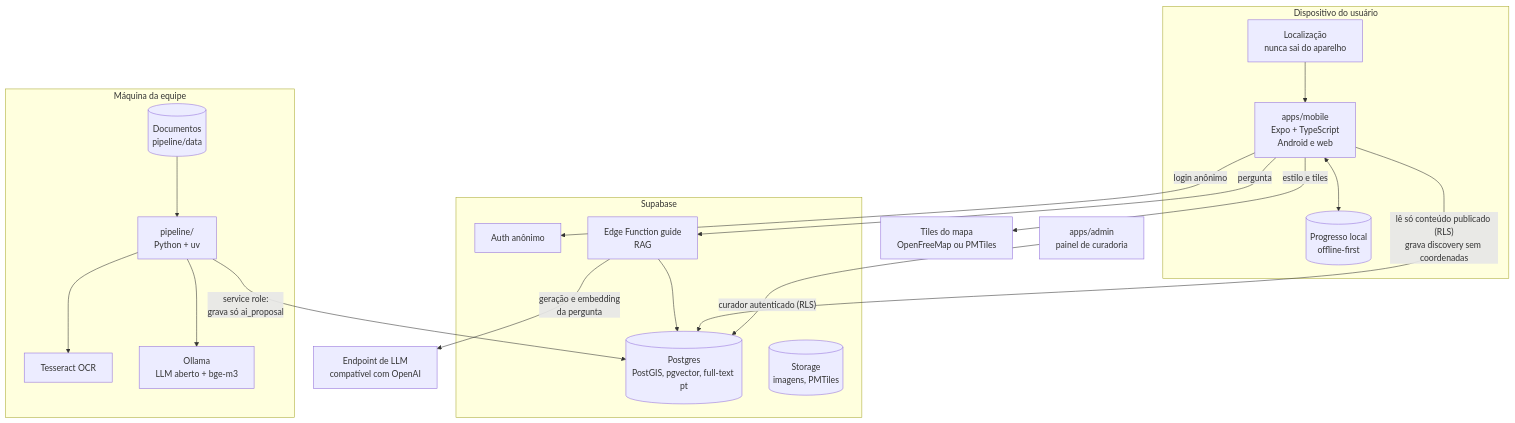
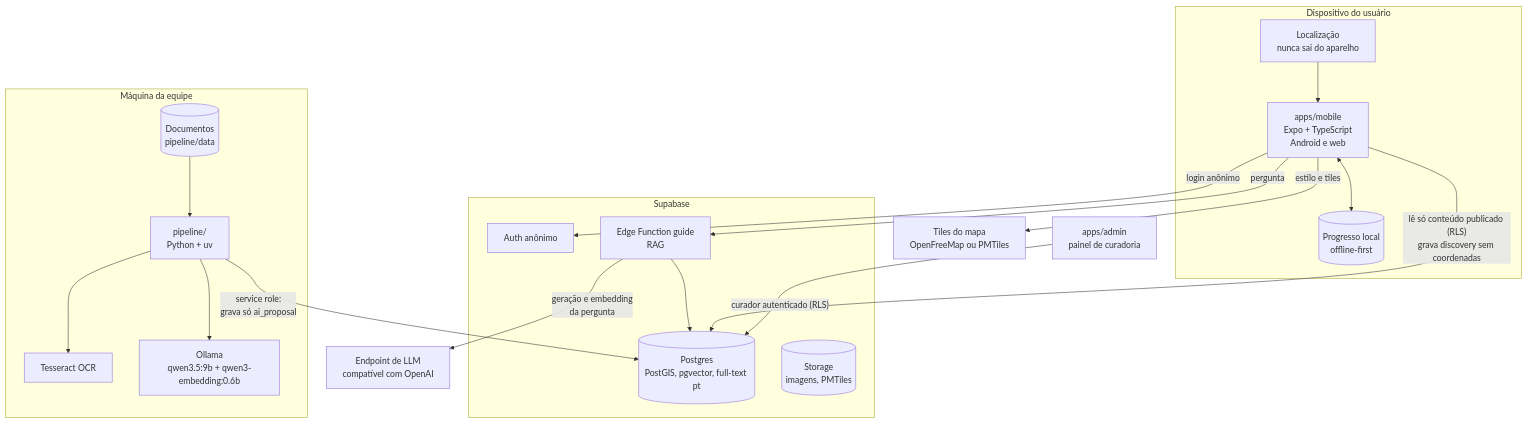
The second of 3 diagrams in docs/arquitetura/01-visao-geral.md (br-santella/arandu), drawn with Mermaid before and after one commit. The commit also changed other lines of this file and 11 other files, not shown here.

First line of the commit message:
feat(pipeline): pin qwen3.5:9b and qwen3-embedding:0.6b, tune client

````diff
--- a/docs/arquitetura/01-visao-geral.md
+++ b/docs/arquitetura/01-visao-geral.md
@@ -34,40 +34,40 @@
 ```mermaid
 flowchart TB
   subgraph device["Dispositivo do usuário"]
     app["apps/mobile<br/>Expo + TypeScript<br/>Android e web"]
     gps["Localização<br/>nunca sai do aparelho"]
     store[("Progresso local<br/>offline-first")]
     gps --> app
     app <--> store
   end
 
   subgraph team["Máquina da equipe"]
     pipe["pipeline/<br/>Python + uv"]
     tess["Tesseract OCR"]
-    ollama["Ollama<br/>LLM aberto + bge-m3"]
+    ollama["Ollama<br/>qwen3.5:9b + qwen3-embedding:0.6b"]
     raw[("Documentos<br/>pipeline/data")]
     raw --> pipe
     pipe --> tess
     pipe --> ollama
   end
 
   subgraph sb["Supabase"]
     db[("Postgres<br/>PostGIS, pgvector, full-text pt")]
     auth["Auth anônimo"]
     stor[("Storage<br/>imagens, PMTiles")]
     guide["Edge Function guide<br/>RAG"]
     guide --> db
   end
 
   admin["apps/admin<br/>painel de curadoria"]
   tiles["Tiles do mapa<br/>OpenFreeMap ou PMTiles"]
   llmext["Endpoint de LLM<br/>compatível com OpenAI"]
 
   app -- "lê só conteúdo publicado (RLS)<br/>grava discovery sem coordenadas" --> db
   app -- "login anônimo" --> auth
   app -- "pergunta" --> guide
   app -- "estilo e tiles" --> tiles
   guide -- "geração e embedding<br/>da pergunta" --> llmext
   pipe -- "service role:<br/>grava só ai_proposal" --> db
   admin -- "curador autenticado (RLS)" --> db
 ```
````
